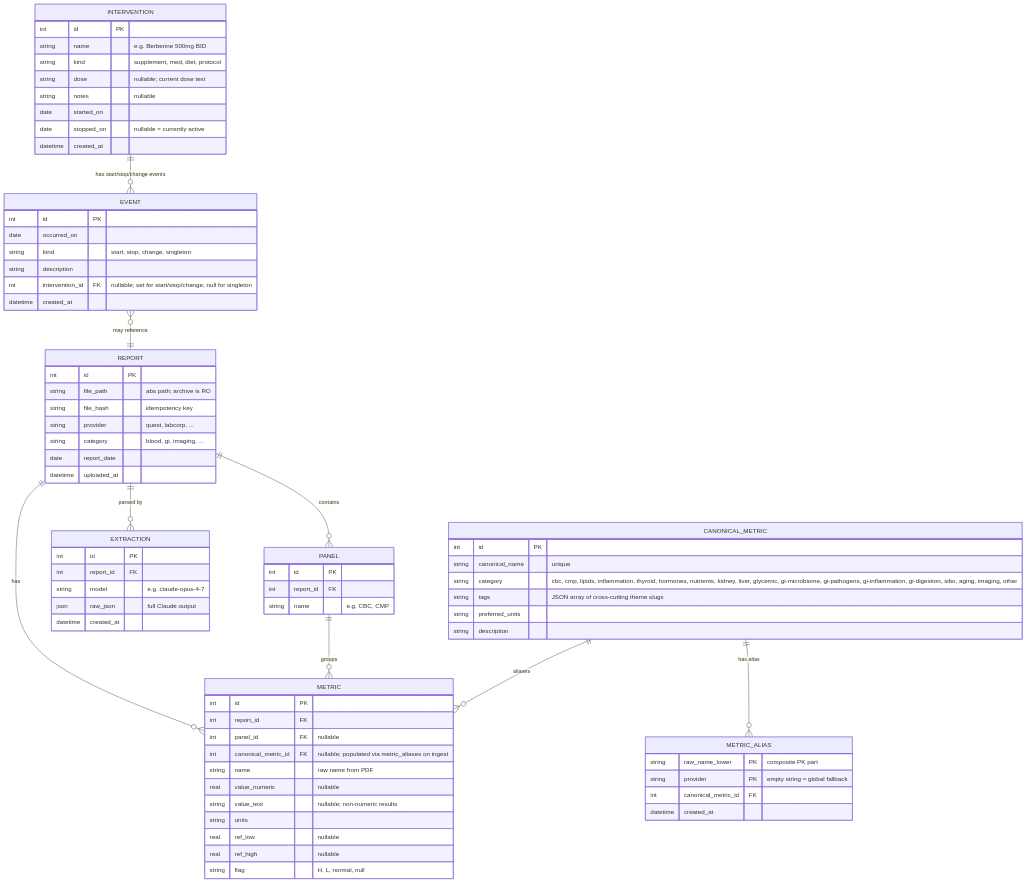
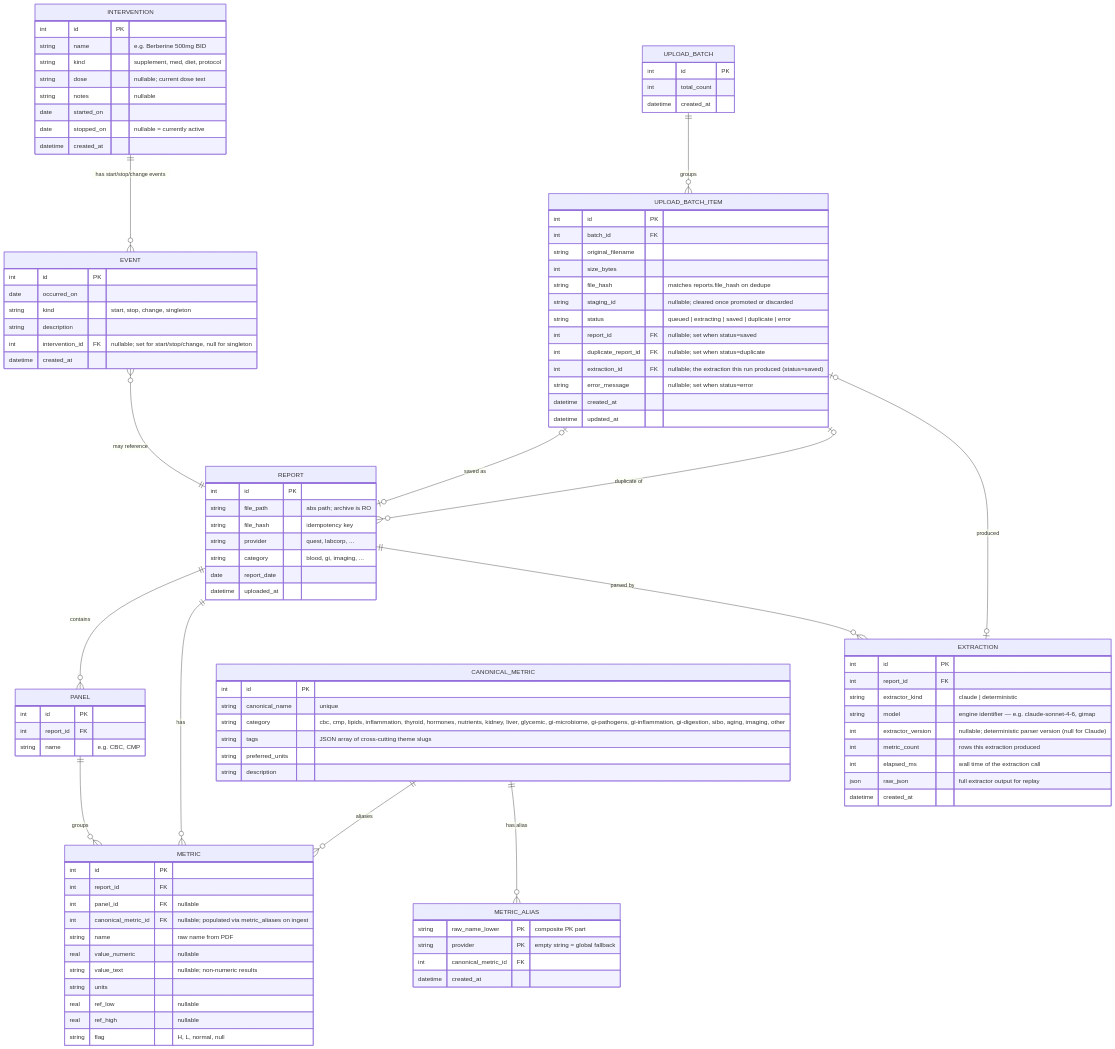
Before and after one commit to lamtha/health: the third of 8 diagrams in ARCH.md, drawn with Mermaid. The commit also changed other lines of this file, not shown here.

Commit message:
docs(arch): expand ERD with upload pipeline + extractor metadata
- adds UPLOAD_BATCH and UPLOAD_BATCH_ITEM entities (post-MVP polish work that never made it into ARCH)
- extends EXTRACTION with extractor_kind, extractor_version, metric_count, elapsed_ms — captures the kind/version split the new deterministic parsers introduce
- spec'd UPLOAD_BATCH_ITEM → EXTRACTION as a one-to-zero-or-one (the run that produced this extraction; null on re-extracts)
- explicit note: provider/category/report_date/model are NOT denormalized onto items — derive via joins. Keeps source of truth single and survives re-extracts
- precedes the schema migration; this is the spec

````diff
--- a/ARCH.md
+++ b/ARCH.md
@@ -130,6 +130,10 @@
     CANONICAL_METRIC ||--o{ METRIC_ALIAS : "has alias"
     INTERVENTION ||--o{ EVENT : "has start/stop/change events"
     EVENT }o--|| REPORT : "may reference"
+    UPLOAD_BATCH ||--o{ UPLOAD_BATCH_ITEM : groups
+    UPLOAD_BATCH_ITEM |o--o| REPORT : "saved as"
+    UPLOAD_BATCH_ITEM |o--o{ REPORT : "duplicate of"
+    UPLOAD_BATCH_ITEM |o--o| EXTRACTION : produced
 
     REPORT {
         int id PK
@@ -180,8 +184,12 @@
     EXTRACTION {
         int id PK
         int report_id FK
-        string model "e.g. claude-opus-4-7"
-        json raw_json "full Claude output"
+        string extractor_kind "claude | deterministic"
+        string model "engine identifier — e.g. claude-sonnet-4-6, gimap"
+        int extractor_version "nullable; deterministic parser version (null for Claude)"
+        int metric_count "rows this extraction produced"
+        int elapsed_ms "wall time of the extraction call"
+        json raw_json "full extractor output for replay"
         datetime created_at
     }
 
@@ -204,4 +212,26 @@
         int intervention_id FK "nullable; set for start/stop/change, null for singleton"
         datetime created_at
     }
+
+    UPLOAD_BATCH {
+        int id PK
+        int total_count
+        datetime created_at
+    }
+
+    UPLOAD_BATCH_ITEM {
+        int id PK
+        int batch_id FK
+        string original_filename
+        int size_bytes
+        string file_hash "matches reports.file_hash on dedupe"
+        string staging_id "nullable; cleared once promoted or discarded"
+        string status "queued | extracting | saved | duplicate | error"
+        int report_id FK "nullable; set when status=saved"
+        int duplicate_report_id FK "nullable; set when status=duplicate"
+        int extraction_id FK "nullable; the extraction this run produced (status=saved)"
+        string error_message "nullable; set when status=error"
+        datetime created_at
+        datetime updated_at
+    }
 ```
````
